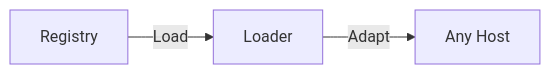
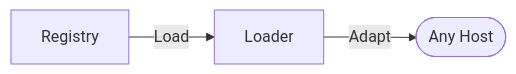
Before and after one commit to ARPAHLS/skillware: the diagram in README.md, drawn with Mermaid. The commit also changed 1 other file, not shown here.

Commit message:
fix(docs): fix README How it works Mermaid for 3-node diagram
Keep Registry -> Loader -> Any Host from #319. Use stadium syntax ([Any Host]) for multi-word labels, matching the pre-#319 ([Logical Systems]) pattern. Rectangle [Any Host] breaks GitHub rendering.

````diff
--- a/README.md
+++ b/README.md
@@ -58,5 +58,5 @@
 ```mermaid
 flowchart LR
     Registry[Registry] -->|Load| Loader[Loader]
-    Loader -->|Adapt| Host["Any Host"]
+    Loader -->|Adapt| AnyHost([Any Host])
 ```
````
